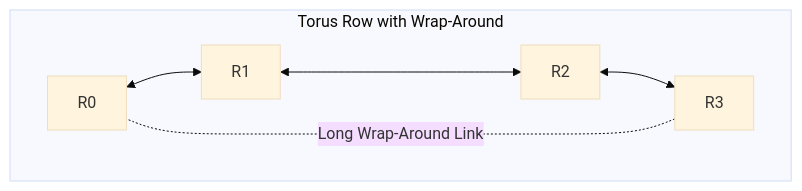
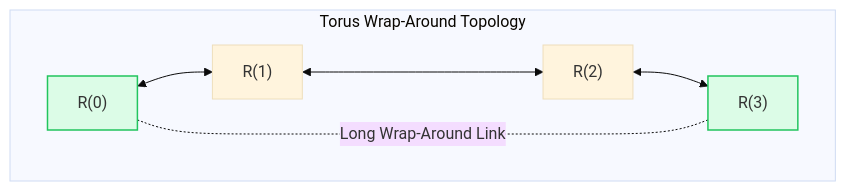
The second of 3 diagrams in docs/track3-topologies/01-direct-topologies.md (network-on-chip/learning), drawn with Mermaid (base theme) before and after one commit. The commit also changed other lines of this file and 11 other files, not shown here.

````diff
--- a/docs/track3-topologies/01-direct-topologies.md
+++ b/docs/track3-topologies/01-direct-topologies.md
@@ -47,7 +84,10 @@
 ```mermaid
 graph TD
-  subgraph Torus_Row [Torus Row with Wrap-Around]
-    R0["R0"] <--> R1["R1"] <--> R2["R2"] <--> R3["R3"]
-    R3 -. Long Wrap-Around Link .- R0
+  subgraph Torus_Row ["Torus Wrap-Around Topology"]
+    R0["R(0)"] <--> R1["R(1)"] <--> R2["R(2)"] <--> R3["R(3)"]
+    R3 -. "Long Wrap-Around Link" .- R0
   end
+
+  style R0 fill:#dcfce7,stroke:#22c55e,stroke-width:1.5px;
+  style R3 fill:#dcfce7,stroke:#22c55e,stroke-width:1.5px;
 ```
````
